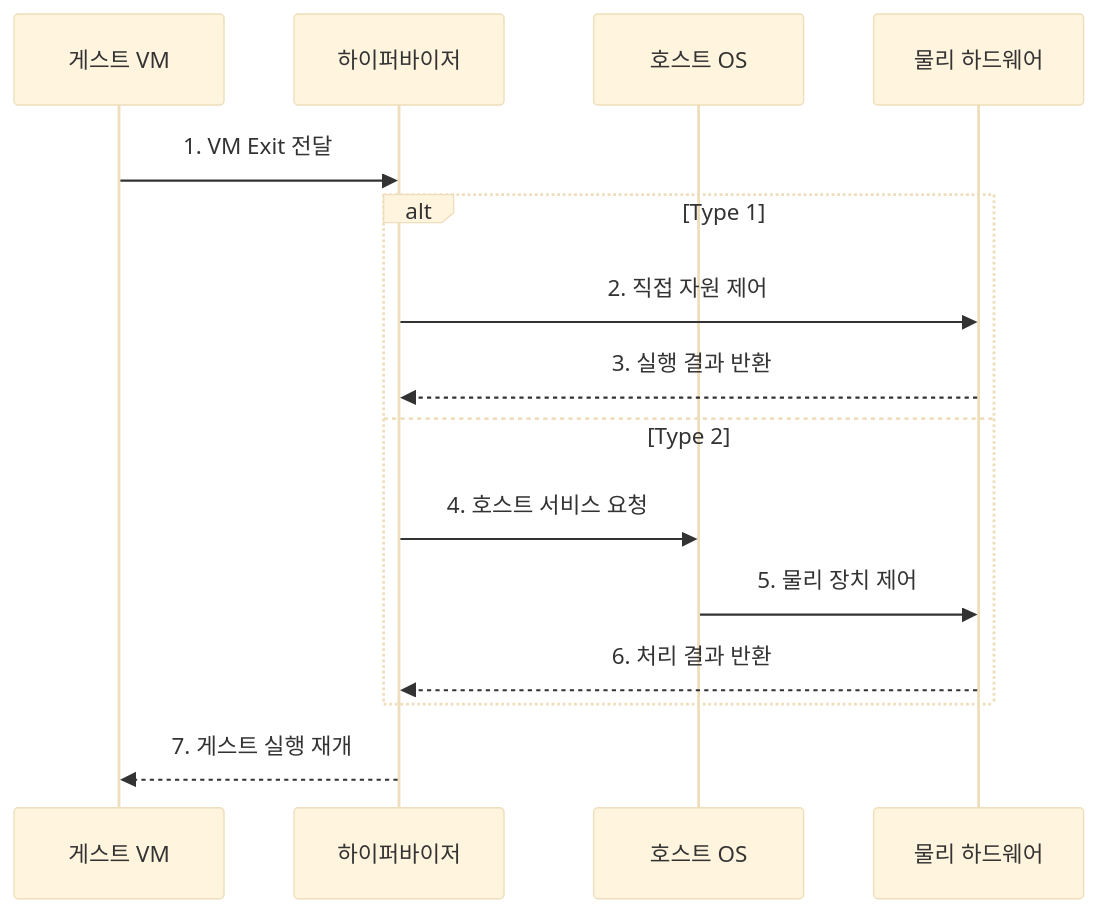
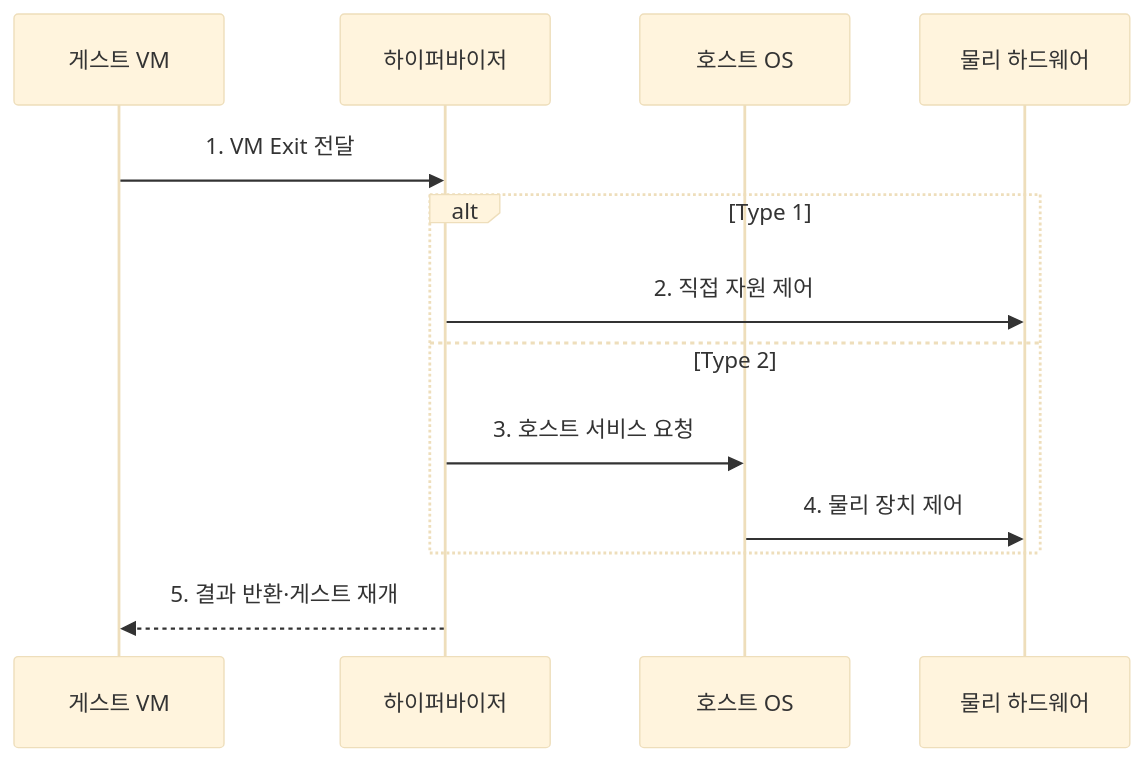
One commit to agnusdei1207/knowledge-base changed the second of 2 diagrams in src/content/docs/notes/03-software/018_virtualization_hypervisor.md. Above: the diagram before and after it, drawn with Mermaid (base theme). The commit also changed other lines of this file and 238 other files, not shown here.

````diff
--- a/src/content/docs/notes/03-software/018_virtualization_hypervisor.md
+++ b/src/content/docs/notes/03-software/018_virtualization_hypervisor.md
@@ -95,17 +95,15 @@
 ```mermaid
 sequenceDiagram
     participant G as 게스트 VM
     participant H as 하이퍼바이저
     participant O as 호스트 OS
     participant P as 물리 하드웨어
     G->>H: 1. VM Exit 전달
     alt Type 1
         H->>P: 2. 직접 자원 제어
-        P-->>H: 3. 실행 결과 반환
     else Type 2
-        H->>O: 4. 호스트 서비스 요청
-        O->>P: 5. 물리 장치 제어
-        P-->>H: 6. 처리 결과 반환
+        H->>O: 3. 호스트 서비스 요청
+        O->>P: 4. 물리 장치 제어
     end
-    H-->>G: 7. 게스트 실행 재개
+    H-->>G: 5. 결과 반환·게스트 재개
 ```
````
